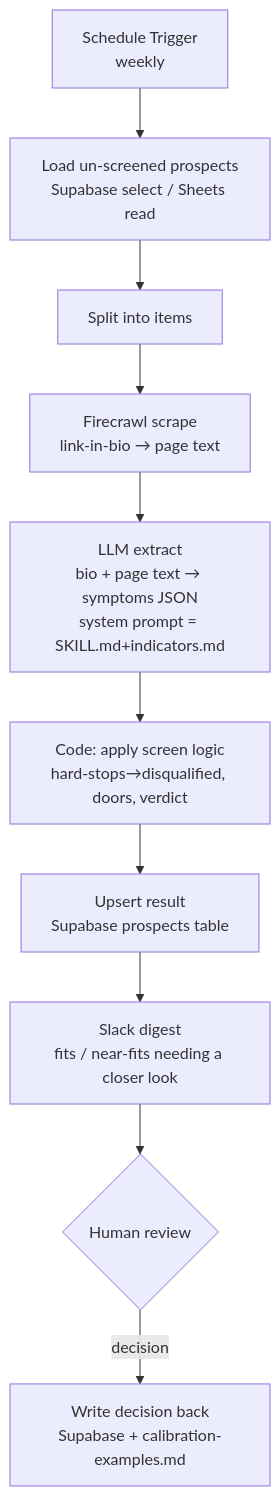
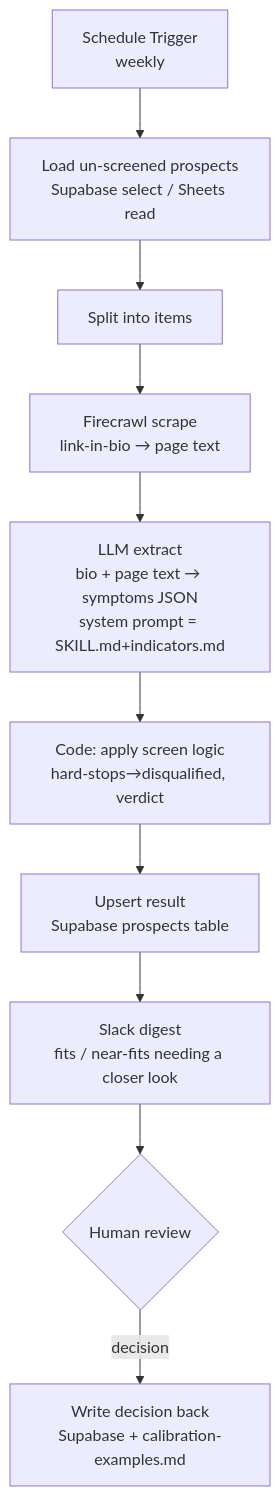
One commit to CodeBerrySolutions/Chase-Claude-Code-Practice changed the diagram in .claude/skills/score-prospect-fit/n8n-workflow-design.md. Above: the diagram before and after it, drawn with Mermaid. The commit also changed other lines of this file and 5 other files, not shown here.

````diff
--- a/.claude/skills/score-prospect-fit/n8n-workflow-design.md
+++ b/.claude/skills/score-prospect-fit/n8n-workflow-design.md
@@ -21,12 +21,12 @@
 ```mermaid
 flowchart TD
   A[Schedule Trigger<br/>weekly] --> B[Load un-screened prospects<br/>Supabase select / Sheets read]
   B --> C[Split into items]
   C --> D[Firecrawl scrape<br/>link-in-bio → page text]
   D --> E[LLM extract<br/>bio + page text → symptoms JSON<br/>system prompt = SKILL.md+indicators.md]
-  E --> F[Code: apply screen logic<br/>hard-stops→disqualified, doors, verdict]
+  E --> F[Code: apply screen logic<br/>hard-stops→disqualified, verdict]
   F --> G[Upsert result<br/>Supabase prospects table]
   G --> H[Slack digest<br/>fits / near-fits needing a closer look]
   H --> I{Human review}
   I -->|decision| J[Write decision back<br/>Supabase + calibration-examples.md]
 ```
````
